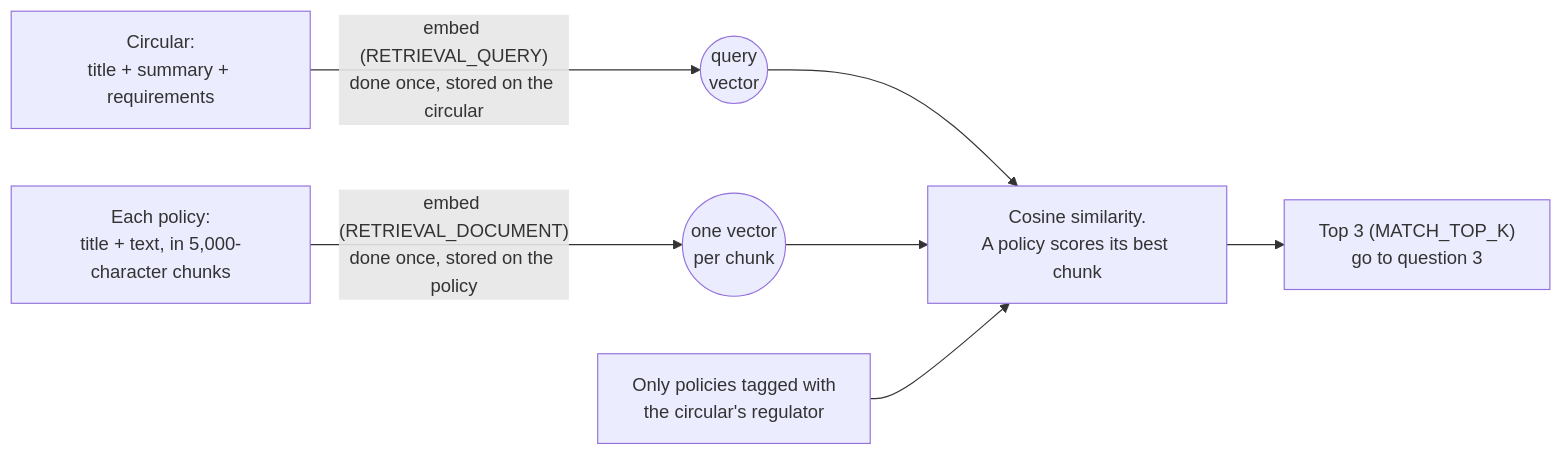
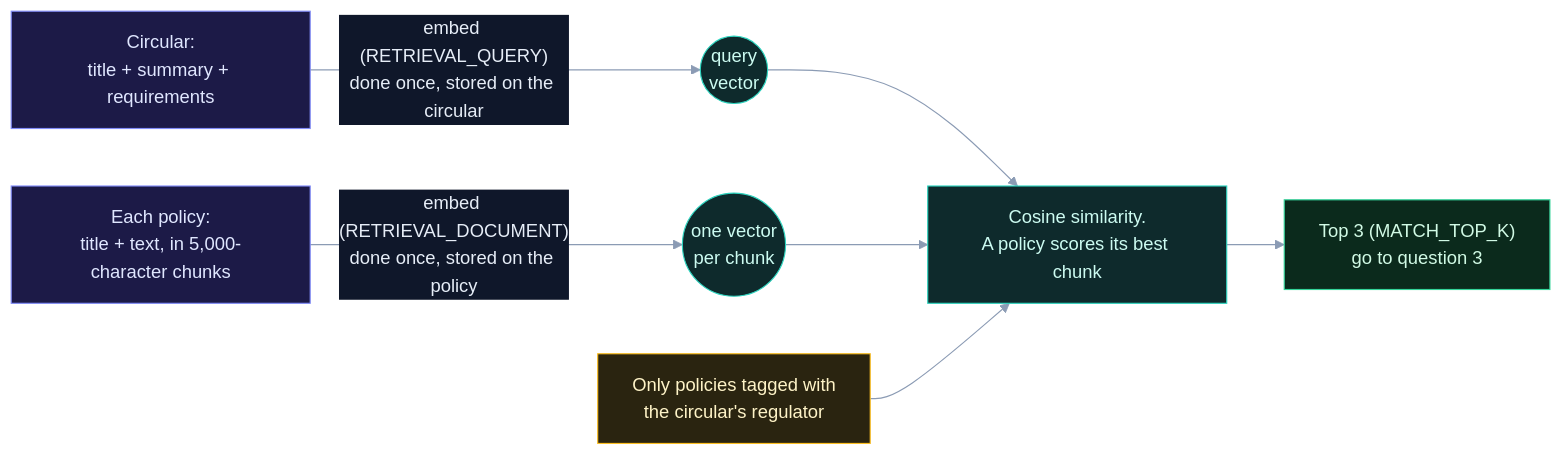
One commit to selvakumarperumal/Regulatory_Circular_Impact_Agent changed the eighth of 21 diagrams in how_it_works.md. Above: the diagram before and after it, drawn with Mermaid. The commit also changed other lines of this file and 1 other file, not shown here.

````diff
--- a/how_it_works.md
+++ b/how_it_works.md
@@ -361,9 +461,24 @@
 ```mermaid
+%%{init: {"theme": "base", "themeVariables": {"darkMode": true, "primaryColor": "#16213a", "primaryTextColor": "#e6edf7", "primaryBorderColor": "#475a7a", "lineColor": "#8b9bb4", "secondaryColor": "#1b2436", "tertiaryColor": "#101a2e", "edgeLabelBackground": "#0f172a", "textColor": "#e2e8f0", "clusterBkg": "#0f1728", "clusterBorder": "#2b3a55", "titleColor": "#c4b5fd", "nodeTextColor": "#e6edf7"}}}%%
 flowchart LR
     c["Circular:<br/>title + summary + requirements"] -->|"embed (RETRIEVAL_QUERY)<br/>done once, stored on the circular"| qv(("query<br/>vector"))
     p["Each policy:<br/>title + text, in 5,000-character chunks"] -->|"embed (RETRIEVAL_DOCUMENT)<br/>done once, stored on the policy"| pv(("one vector<br/>per chunk"))
     qv --> cos["Cosine similarity.<br/>A policy scores its best chunk"]
     pv --> cos
     filter["Only policies tagged with<br/>the circular's regulator"] --> cos
     cos --> top["Top 3 (MATCH_TOP_K)<br/>go to question 3"]
+
+    classDef svc fill:#0e2a2c,stroke:#2dd4bf,color:#ccfbf1
+    classDef data fill:#1c1a47,stroke:#818cf8,color:#e0e7ff
+    classDef ext fill:#2a1640,stroke:#c084fc,color:#f3e8ff
+    classDef gpu fill:#2d1b0c,stroke:#fb923c,color:#ffedd5
+    classDef ask fill:#2a2410,stroke:#fbbf24,color:#fef3c7
+    classDef ok fill:#0b2a1c,stroke:#34d399,color:#d1fae5
+    classDef bad fill:#2e0f17,stroke:#fb7185,color:#ffe4e6
+    classDef start fill:#1c2a0e,stroke:#a7ef6f,color:#ecfccb
+    classDef muted fill:#1a2130,stroke:#64748b,color:#cbd5e1
+    class c,p data
+    class qv,pv,cos svc
+    class filter ask
+    class top ok
 ```
````
